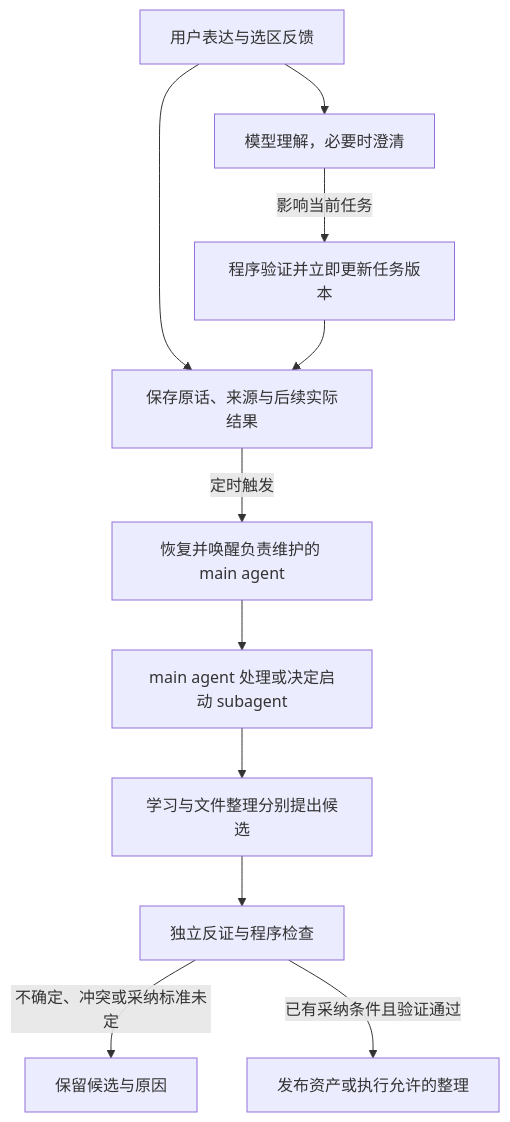
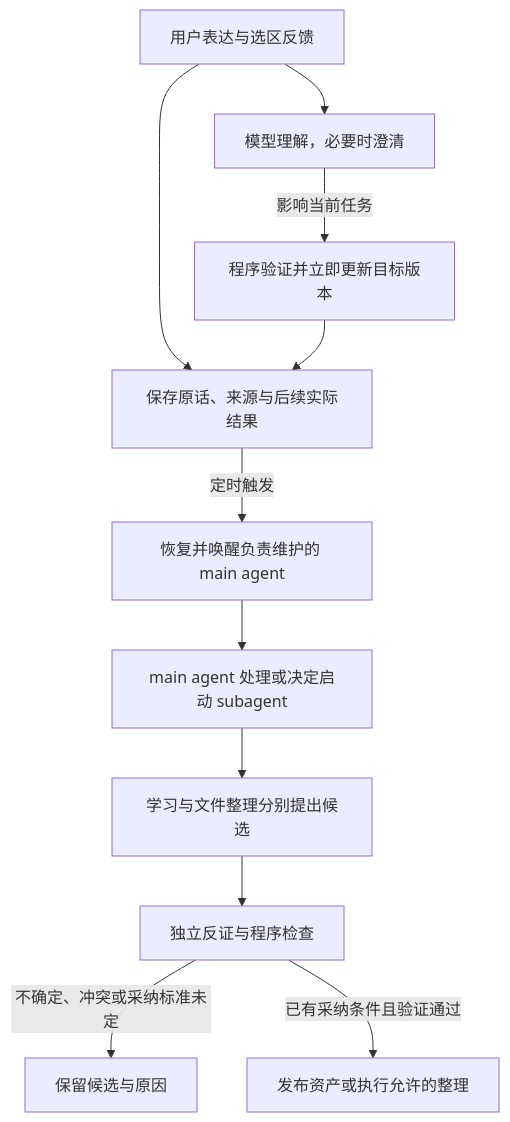
One commit to HoldThatThgt/mori changed the tenth of 12 diagrams in docs/proposal.md. Above: the diagram before and after it, drawn with Mermaid. The commit also changed other lines of this file and 22 other files, not shown here.

````diff
--- a/docs/proposal.md
+++ b/docs/proposal.md
@@ -367,13 +371,13 @@
 ```mermaid
 flowchart TD
     A[用户表达与选区反馈] --> B[模型理解，必要时澄清]
-    B -->|影响当前任务| C[程序验证并立即更新任务版本]
+    B -->|影响当前任务| C[程序验证并立即更新目标版本]
     A --> D[保存原话、来源与后续实际结果]
     C --> D
     D -->|定时触发| E[恢复并唤醒负责维护的 main agent]
     E --> J[main agent 处理或决定启动 subagent]
     J --> F[学习与文件整理分别提出候选]
     F --> G[独立反证与程序检查]
     G -->|不确定、冲突或采纳标准未定| H[保留候选与原因]
     G -->|已有采纳条件且验证通过| I[发布资产或执行允许的整理]
 ```
````
